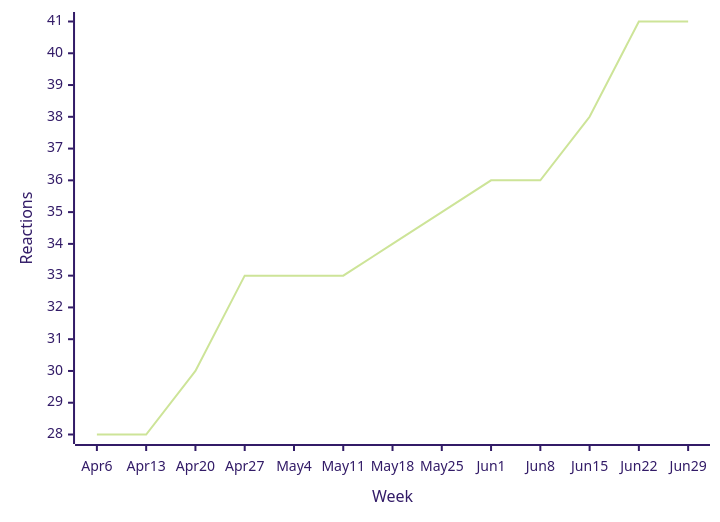
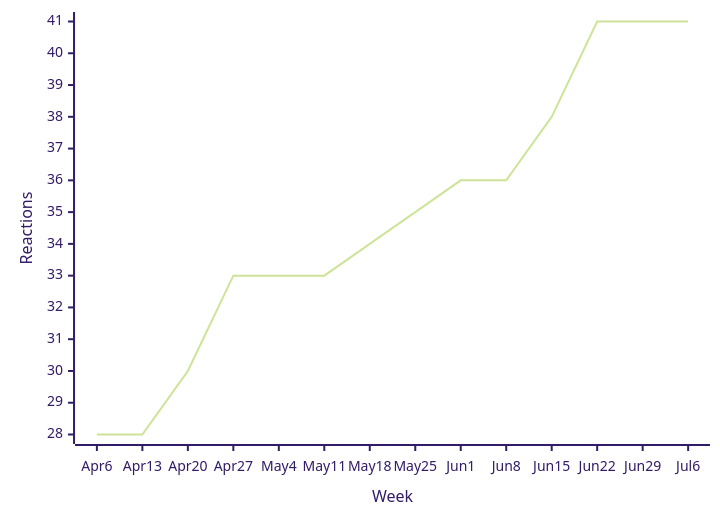
One commit to loic-sharma/github-insights changed the fifth of 48 diagrams in README.md. Above: the diagram before and after it, drawn with Mermaid (forest theme). The commit also changed other lines of this file and 3 other files, not shown here.

````diff
--- a/README.md
+++ b/README.md
@@ -407,6 +407,6 @@
   ```mermaid
   xychart-beta
-    x-axis "Week" [Apr 6, Apr 13, Apr 20, Apr 27, May 4, May 11, May 18, May 25, Jun 1, Jun 8, Jun 15, Jun 22, Jun 29]
+    x-axis "Week" [Apr 6, Apr 13, Apr 20, Apr 27, May 4, May 11, May 18, May 25, Jun 1, Jun 8, Jun 15, Jun 22, Jun 29, Jul 6]
     y-axis "Reactions"
-    line [28, 28, 30, 33, 33, 33, 34, 35, 36, 36, 38, 41, 41]
+    line [28, 28, 30, 33, 33, 33, 34, 35, 36, 36, 38, 41, 41, 41]
   ```
````
